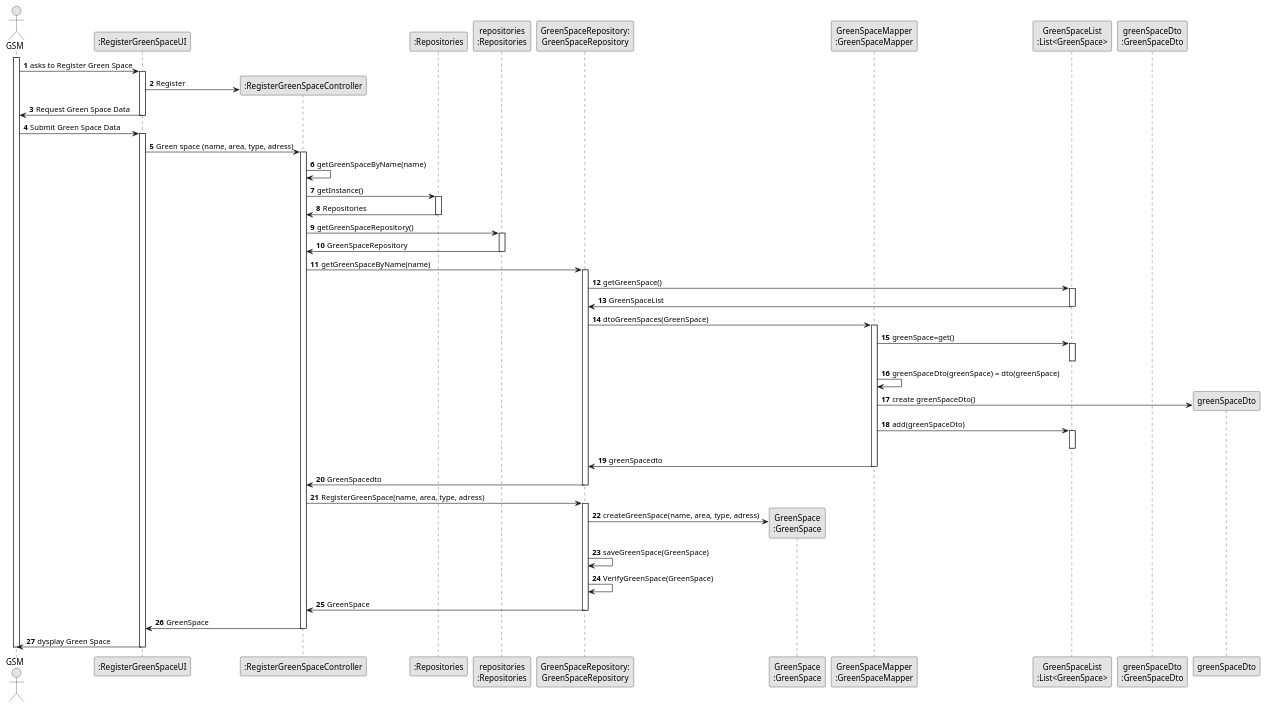
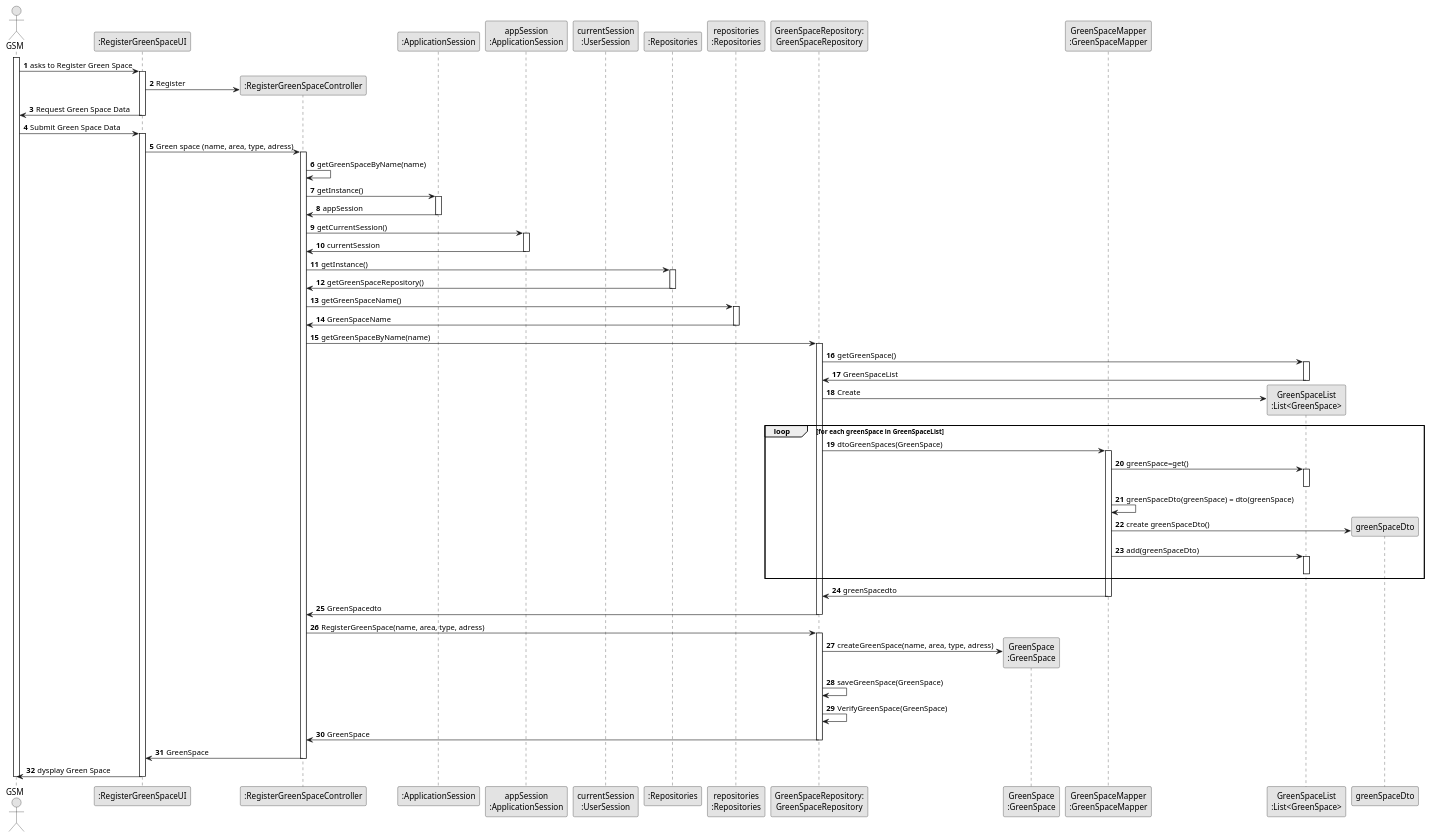
The diagram in docs/sprintC/us020/03.design/puml/us020-sequence-diagram-full.puml (Departamento-de-Engenharia-Informatica/lei-24-s2-1dm-g132), drawn with PlantUML before and after one commit. The commit also changed other lines of this file and 3 other files, not shown here.

Commit message:
Changes in us20 and 27 class diagram

```diff
--- a/docs/sprintC/us020/03.design/puml/us020-sequence-diagram-full.puml
+++ b/docs/sprintC/us020/03.design/puml/us020-sequence-diagram-full.puml
@@ -1,122 +1,149 @@
 @startuml
 skinparam monochrome true
 skinparam packageStyle rectangle
 skinparam shadowing false
 
 autonumber
 
 actor "GSM" as GSM
 participant ":RegisterGreenSpaceUI" as UI
 participant ":RegisterGreenSpaceController" as CTRL
+participant ":ApplicationSession" as _APP
+participant "appSession\n:ApplicationSession" as APP
+participant "currentSession\n:UserSession" as SESSION
 participant ":Repositories" as RepositorySingleton
 participant "repositories\n:Repositories" as PLAT
 participant "GreenSpaceRepository:\nGreenSpaceRepository" as GreenSpaceRepository
 participant "GreenSpace\n:GreenSpace" as GreenSpace
 participant "GreenSpaceMapper\n:GreenSpaceMapper" as GreenSpaceMapper
 participant "GreenSpaceList\n:List<GreenSpace>" as GreenSpaceList
-participant "greenSpaceDto\n:GreenSpaceDto" as GreenSpaceDto
+
 
 activate GSM
 
         GSM -> UI : asks to Register Green Space
 
         activate UI
 
         UI -> CTRL** : Register
 
         UI ->GSM : Request Green Space Data
 
         deactivate UI
 
         GSM -> UI : Submit Green Space Data
 
         activate UI
 
         UI -> CTRL : Green space (name, area, type, adress)
 
         activate CTRL
 
         CTRL -> CTRL : getGreenSpaceByName(name)
 
+        CTRL -> _APP : getInstance()
+
+        activate _APP
+
+        _APP -> CTRL : appSession
+
+        deactivate _APP
+
+        CTRL -> APP : getCurrentSession()
+
+        activate APP
+
+        APP -> CTRL : currentSession
+
+        deactivate APP
+
+
+
         CTRL -> RepositorySingleton : getInstance()
 
         activate RepositorySingleton
 
-        RepositorySingleton -> CTRL : Repositories
+        RepositorySingleton -> CTRL : getGreenSpaceRepository()
 
         deactivate RepositorySingleton
 
-        CTRL -> PLAT : getGreenSpaceRepository()
+        CTRL -> PLAT : getGreenSpaceName()
 
-        activate PLAT
+                activate PLAT
 
-        PLAT -> CTRL : GreenSpaceRepository
+                PLAT -> CTRL : GreenSpaceName
 
-        deactivate PLAT
+                deactivate PLAT
 
         CTRL -> GreenSpaceRepository : getGreenSpaceByName(name)
 
         activate GreenSpaceRepository
 
         GreenSpaceRepository -> GreenSpaceList : getGreenSpace()
 
         activate GreenSpaceList
 
         GreenSpaceList -> GreenSpaceRepository : GreenSpaceList
 
         deactivate GreenSpaceList
+
+        GreenSpaceRepository -> GreenSpaceList** : Create
+
+        loop for each greenSpace in GreenSpaceList
 
         GreenSpaceRepository -> GreenSpaceMapper : dtoGreenSpaces(GreenSpace)
 
         activate GreenSpaceMapper
 
         GreenSpaceMapper -> GreenSpaceList : greenSpace=get()
 
         activate GreenSpaceList
 
         deactivate GreenSpaceList
 
         GreenSpaceMapper -> GreenSpaceMapper : greenSpaceDto(greenSpace) = dto(greenSpace)
 
         GreenSpaceMapper -> greenSpaceDto** :create greenSpaceDto()
 
        GreenSpaceMapper-> GreenSpaceList : add(greenSpaceDto)
 
        activate GreenSpaceList
 
        deactivate GreenSpaceList
+
+       end
 
        GreenSpaceMapper -> GreenSpaceRepository : greenSpacedto
 
        deactivate GreenSpaceMapper
 
         GreenSpaceRepository -> CTRL : GreenSpacedto
 
         deactivate GreenSpaceRepository
 
         CTRL -> GreenSpaceRepository : RegisterGreenSpace(name, area, type, adress)
 
         activate GreenSpaceRepository
 
         GreenSpaceRepository -> GreenSpace** : createGreenSpace(name, area, type, adress)
 
 
         GreenSpaceRepository -> GreenSpaceRepository : saveGreenSpace(GreenSpace)
 
         GreenSpaceRepository -> GreenSpaceRepository : VerifyGreenSpace(GreenSpace)
 
         GreenSpaceRepository -> CTRL : GreenSpace
 
         deactivate GreenSpaceRepository
 
         CTRL -> UI : GreenSpace
 
         deactivate CTRL
 
         UI -> GSM : dysplay Green Space
 
         deactivate UI
 
         deactivate GSM
 
 @enduml
```
